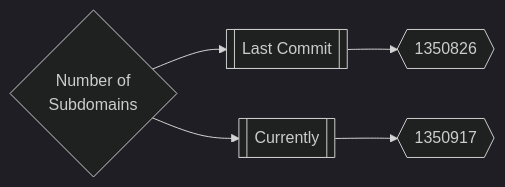
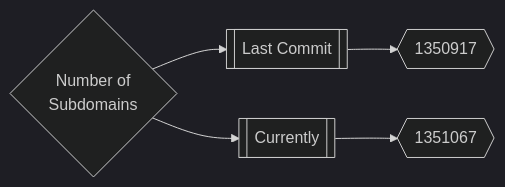
The first of 3 diagrams in README.md (trickest/inventory), drawn with Mermaid (dark theme) before and after one commit. The commit also changed other lines of this file, not shown here.

Commit message:
Update Wed Apr  6 22:14:11 UTC 2022

````diff
--- a/README.md
+++ b/README.md
@@ -165,5 +165,5 @@
 ```mermaid
 graph LR
-title{Number of<br>Subdomains} --> subdomainsDate1[[Last Commit]] --> subdomainsNum1{{1350826}}
-title --> subdomainsDate2[[Currently]] --> subdomainsNum2{{1350917}}
+title{Number of<br>Subdomains} --> subdomainsDate1[[Last Commit]] --> subdomainsNum1{{1350917}}
+title --> subdomainsDate2[[Currently]] --> subdomainsNum2{{1351067}}
 ```
````
